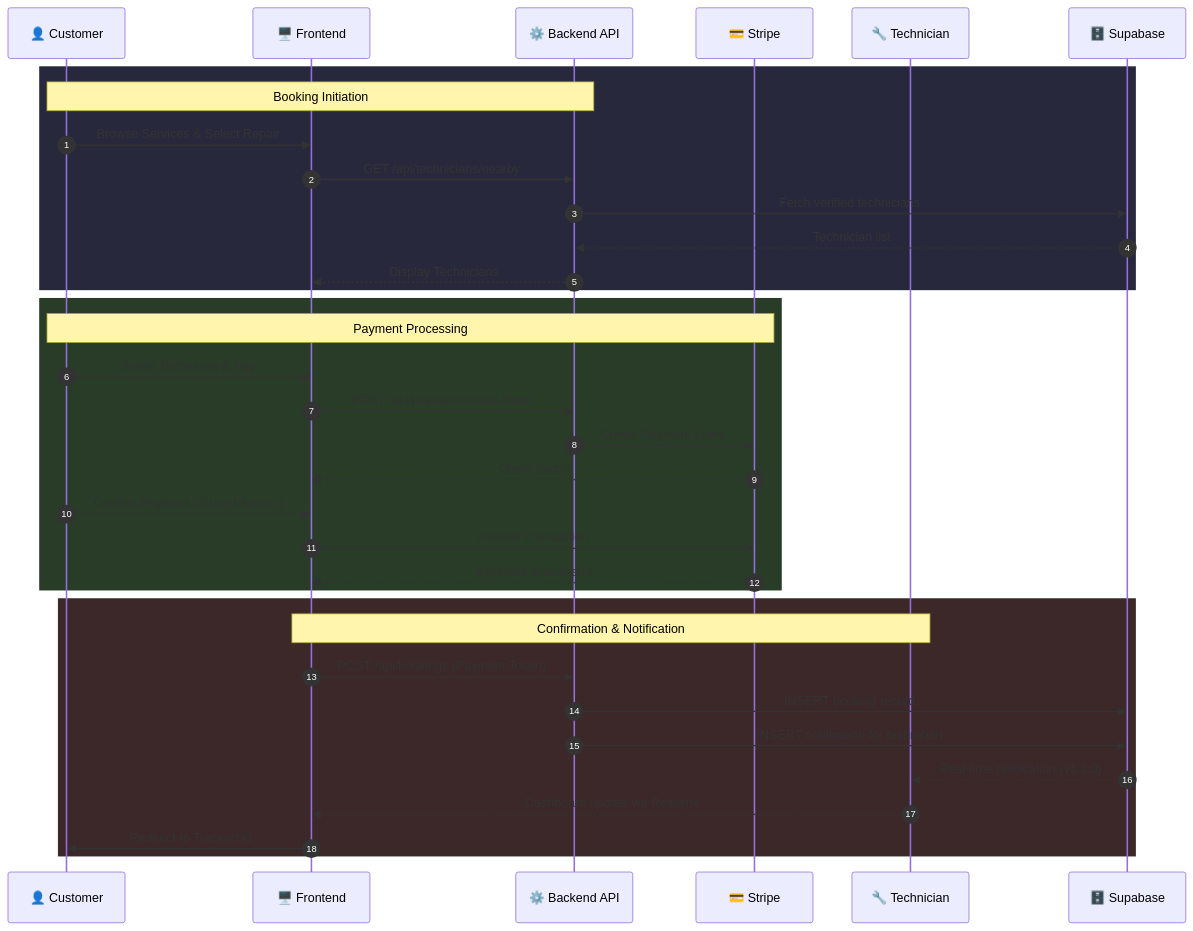
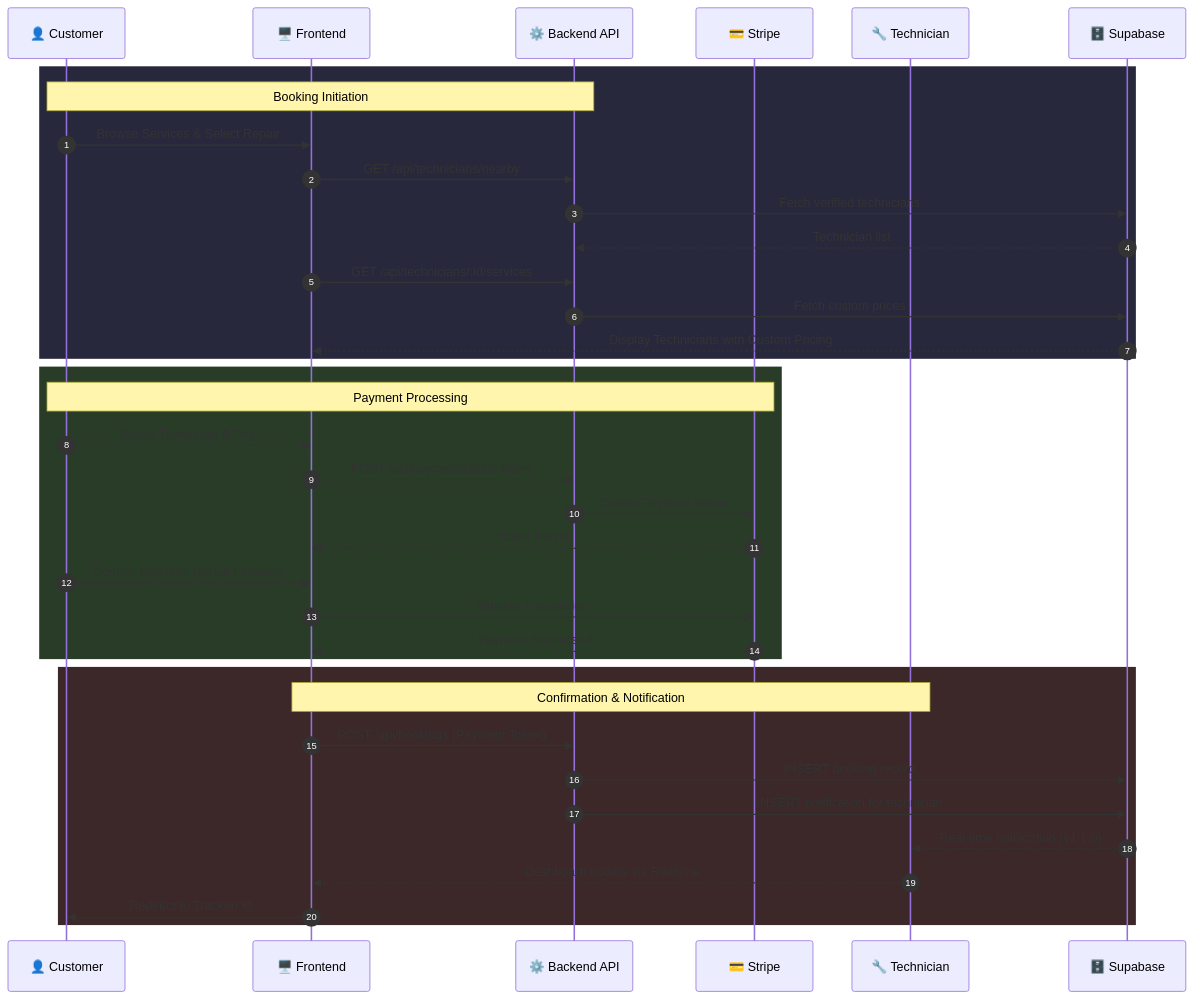
Before and after one commit to Irchika774/Tech-Care_official: the fourth of 15 diagrams in README.md, drawn with Mermaid. The commit also changed other lines of this file and 38 other files, not shown here.

Commit message:
Technician custom pricing and availability updates v2.5.0

````diff
--- a/README.md
+++ b/README.md
@@ -326,40 +363,42 @@
 ```mermaid
 sequenceDiagram
     autonumber
     participant C as 👤 Customer
     participant F as 🖥️ Frontend
     participant API as ⚙️ Backend API
     participant STR as 💳 Stripe
     participant T as 🔧 Technician
     participant DB as 🗄️ Supabase
 
     rect rgb(40, 40, 60)
         Note over C,API: Booking Initiation
         C->>F: Browse Services & Select Repair
         F->>API: GET /api/technicians/nearby
         API->>DB: Fetch verified technicians
         DB-->>API: Technician list
-        API-->>F: Display Technicians
+        F->>API: GET /api/technicians/:id/services
+        API->>DB: Fetch custom prices
+        DB-->>F: Display Technicians with Custom Pricing
     end
 
     rect rgb(40, 60, 40)
         Note over C,STR: Payment Processing
         C->>F: Select Technician & Pay
         F->>API: POST /api/payment/create-intent
         API->>STR: Create Payment Intent
         STR-->>F: Client Secret
         C->>F: Confirm Payment (Stripe Element)
         F->>STR: Validate Transaction
         STR-->>F: Payment Successful
     end
 
     rect rgb(60, 40, 40)
         Note over F,T: Confirmation & Notification
         F->>API: POST /api/bookings (Payment Token)
         API->>DB: INSERT booking record
         API->>DB: INSERT notification for technician
         DB-->>T: Real-time notification (v1.1.0)
         T-->>F: Dashboard update via Realtime
         F->>C: Redirect to Tracker/:id
     end
 ```
````
